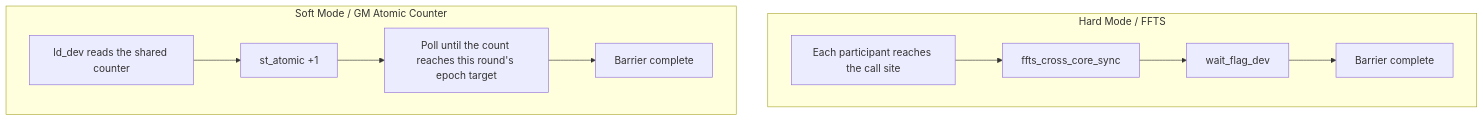
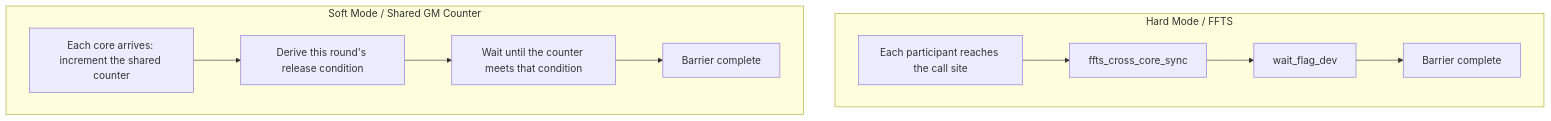
The diagram in docs/isa/SYNCALL.md (Crystal-wzy/pto-isa), drawn with Mermaid before and after one commit. The commit also changed 4 other files, not shown here.

First line of the commit message:
Use arch35 atomicAdd for soft SYNCALL arrive/poll on A5

````diff
--- a/docs/isa/SYNCALL.md
+++ b/docs/isa/SYNCALL.md
@@ -7,13 +7,13 @@
 ```mermaid
 flowchart TB
   subgraph hard [Hard Mode / FFTS]
     H1[Each participant reaches the call site] --> H2[ffts_cross_core_sync]
     H2 --> H3[wait_flag_dev]
     H3 --> H4[Barrier complete]
   end
-  subgraph soft [Soft Mode / GM Atomic Counter]
-    S1[ld_dev reads the shared counter] --> S2[st_atomic +1]
-    S2 --> S3[Poll until the count reaches this round's epoch target]
+  subgraph soft [Soft Mode / Shared GM Counter]
+    S1[Each core arrives: increment the shared counter] --> S2[Derive this round's release condition]
+    S2 --> S3[Wait until the counter meets that condition]
     S3 --> S4[Barrier complete]
   end
 ```
````
